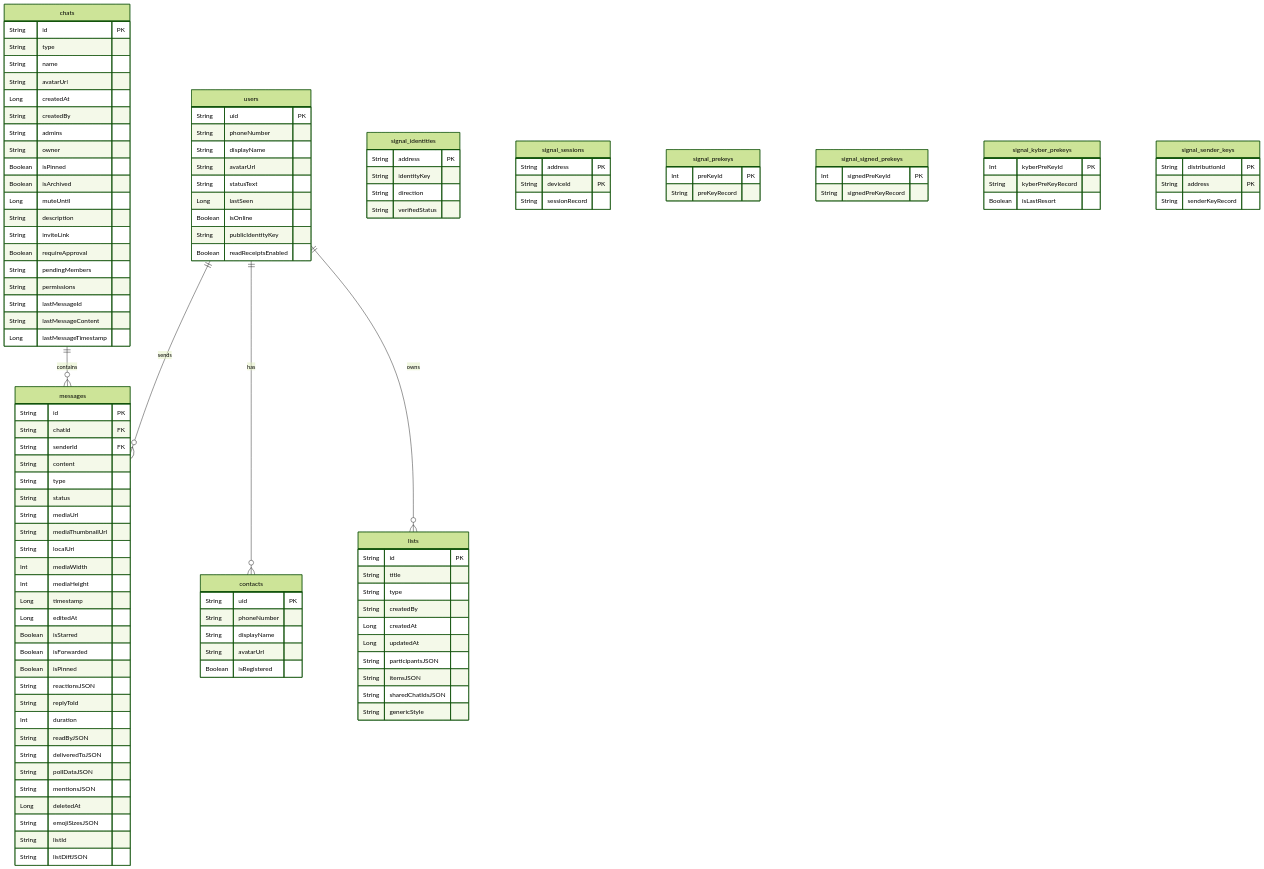
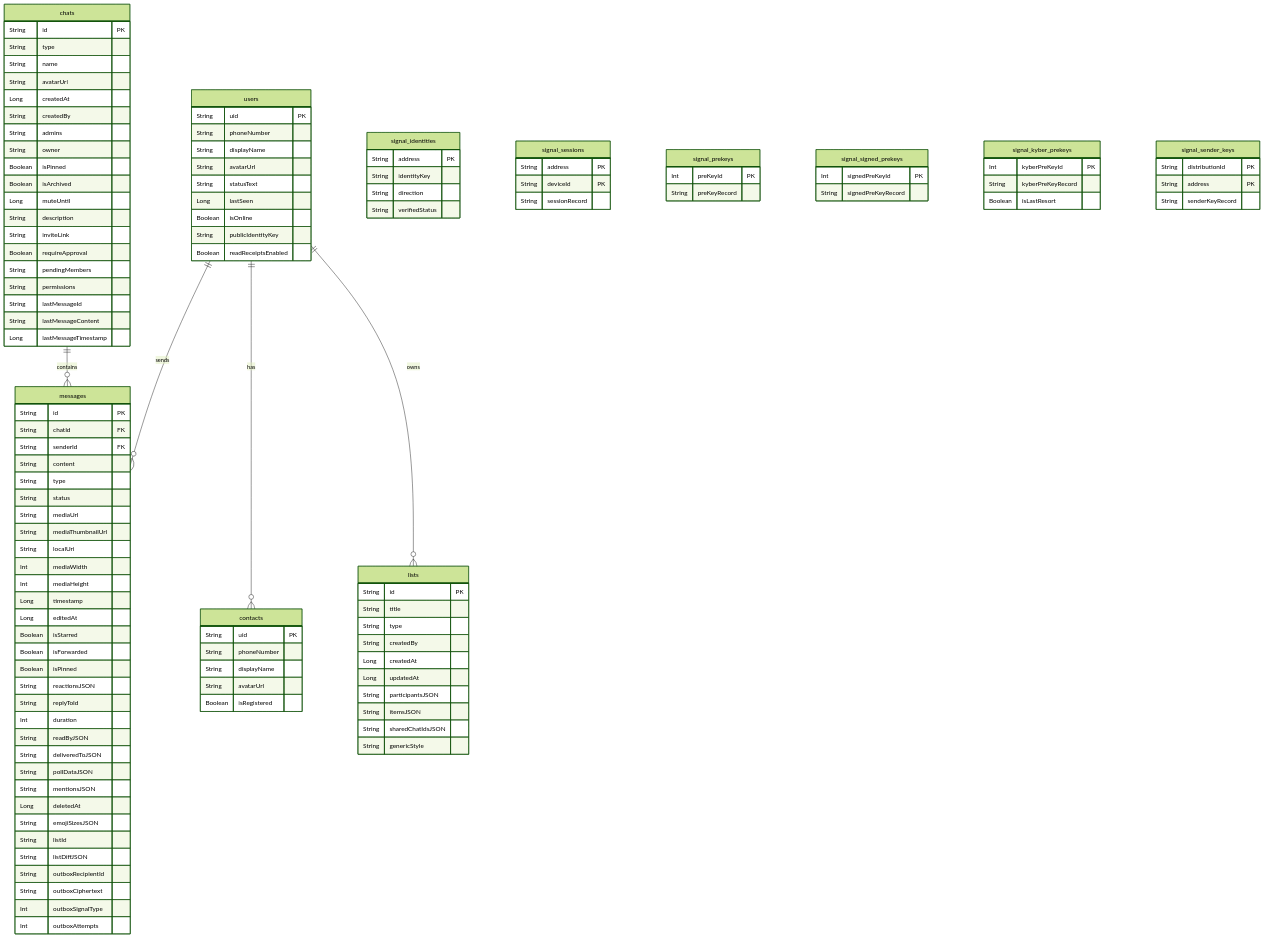
One commit to gomorra/fire-stream-chat changed the diagram in docs/SCHEMA-ROOM.md. Above: the diagram before and after it, drawn with Mermaid (forest theme). The commit also changed other lines of this file and 32 other files, not shown here.

```diff
--- a/docs/SCHEMA-ROOM.md
+++ b/docs/SCHEMA-ROOM.md
@@ -75,6 +85,10 @@
         String emojiSizesJSON
         String listId
         String listDiffJSON
+        String outboxRecipientId
+        String outboxCiphertext
+        Int outboxSignalType
+        Int outboxAttempts
     }
 
     contacts {
```
